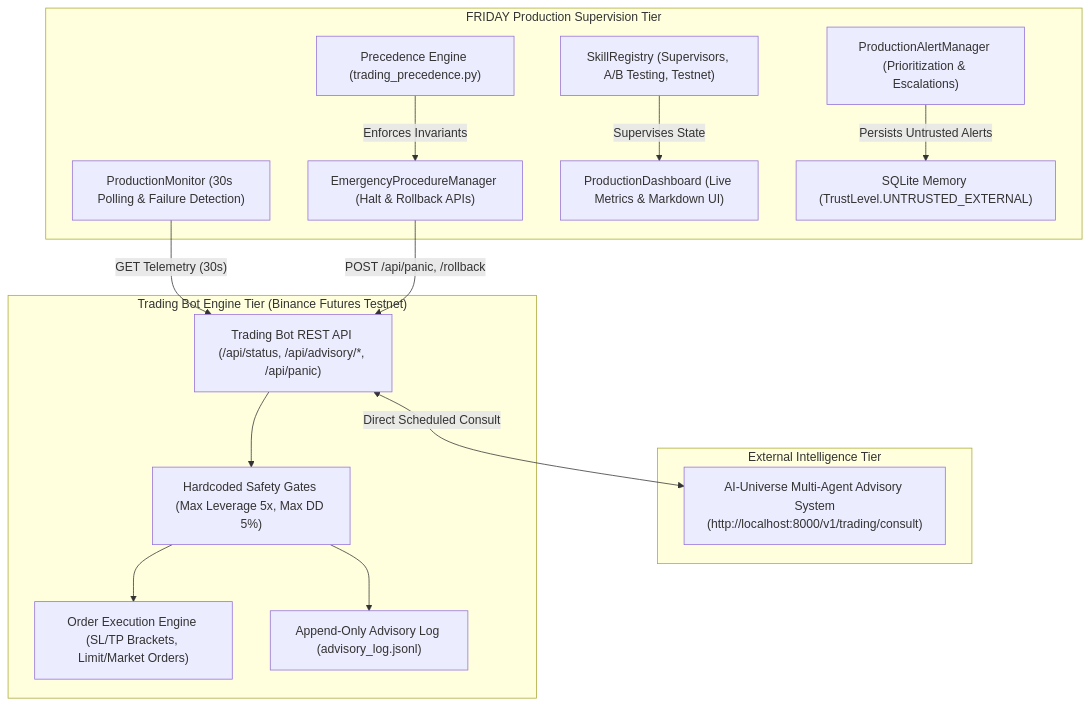
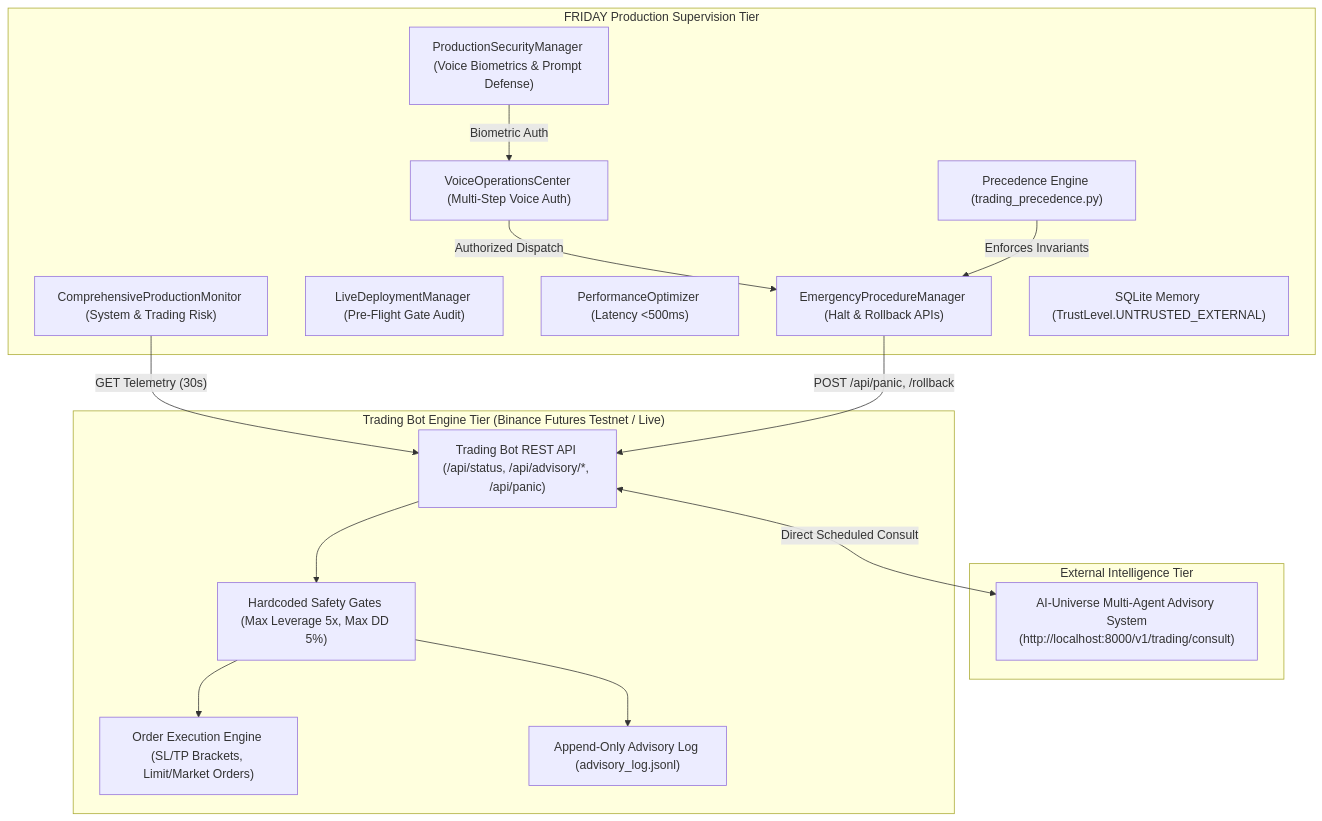
The diagram in docs/PRODUCTION_OPERATIONS.md (surendra2304/FRIDAY), drawn with Mermaid before and after one commit. The commit also changed other lines of this file and 13 other files, not shown here.

Commit message:
feat(security): add ProductionSecurityManager, VoiceOperationsCenter, LiveDeploymentManager, and PerformanceOptimizer

````diff
--- a/docs/PRODUCTION_OPERATIONS.md
+++ b/docs/PRODUCTION_OPERATIONS.md
@@ -9,35 +9,36 @@
 ```mermaid
 graph TD
     subgraph "External Intelligence Tier"
         AIUniverse["AI-Universe Multi-Agent Advisory System<br>(http://localhost:8000/v1/trading/consult)"]
     end
 
-    subgraph "Trading Bot Engine Tier (Binance Futures Testnet)"
+    subgraph "Trading Bot Engine Tier (Binance Futures Testnet / Live)"
         BotAPI["Trading Bot REST API (/api/status, /api/advisory/*, /api/panic)"]
         SafetyGates["Hardcoded Safety Gates (Max Leverage 5x, Max DD 5%)"]
         ExecutionEngine["Order Execution Engine (SL/TP Brackets, Limit/Market Orders)"]
         AdvisoryLog["Append-Only Advisory Log (advisory_log.jsonl)"]
 
         BotAPI --> SafetyGates
         SafetyGates --> ExecutionEngine
         SafetyGates --> AdvisoryLog
     end
 
     subgraph "FRIDAY Production Supervision Tier"
-        Monitor["ProductionMonitor (30s Polling & Failure Detection)"]
-        AlertMgr["ProductionAlertManager (Prioritization & Escalations)"]
+        SecMgr["ProductionSecurityManager (Voice Biometrics & Prompt Defense)"]
+        VoiceOps["VoiceOperationsCenter (Multi-Step Voice Auth)"]
+        CompMonitor["ComprehensiveProductionMonitor (System & Trading Risk)"]
+        DeployMgr["LiveDeploymentManager (Pre-Flight Gate Audit)"]
+        PerfOpt["PerformanceOptimizer (Latency <500ms)"]
         EmergencyMgr["EmergencyProcedureManager (Halt & Rollback APIs)"]
-        Dashboard["ProductionDashboard (Live Metrics & Markdown UI)"]
-        SkillReg["SkillRegistry (Supervisors, A/B Testing, Testnet)"]
         Precedence["Precedence Engine (trading_precedence.py)"]
         Memory["SQLite Memory (TrustLevel.UNTRUSTED_EXTERNAL)"]
     end
 
     %% Communications
     BotAPI <-->|"Direct Scheduled Consult"| AIUniverse
-    Monitor -->|"GET Telemetry (30s)"| BotAPI
+    CompMonitor -->|"GET Telemetry (30s)"| BotAPI
     EmergencyMgr -->|"POST /api/panic, /rollback"| BotAPI
-    AlertMgr -->|"Persists Untrusted Alerts"| Memory
-    SkillReg -->|"Supervises State"| Dashboard
+    VoiceOps -->|"Authorized Dispatch"| EmergencyMgr
+    SecMgr -->|"Biometric Auth"| VoiceOps
     Precedence -->|"Enforces Invariants"| EmergencyMgr
 ```
````
